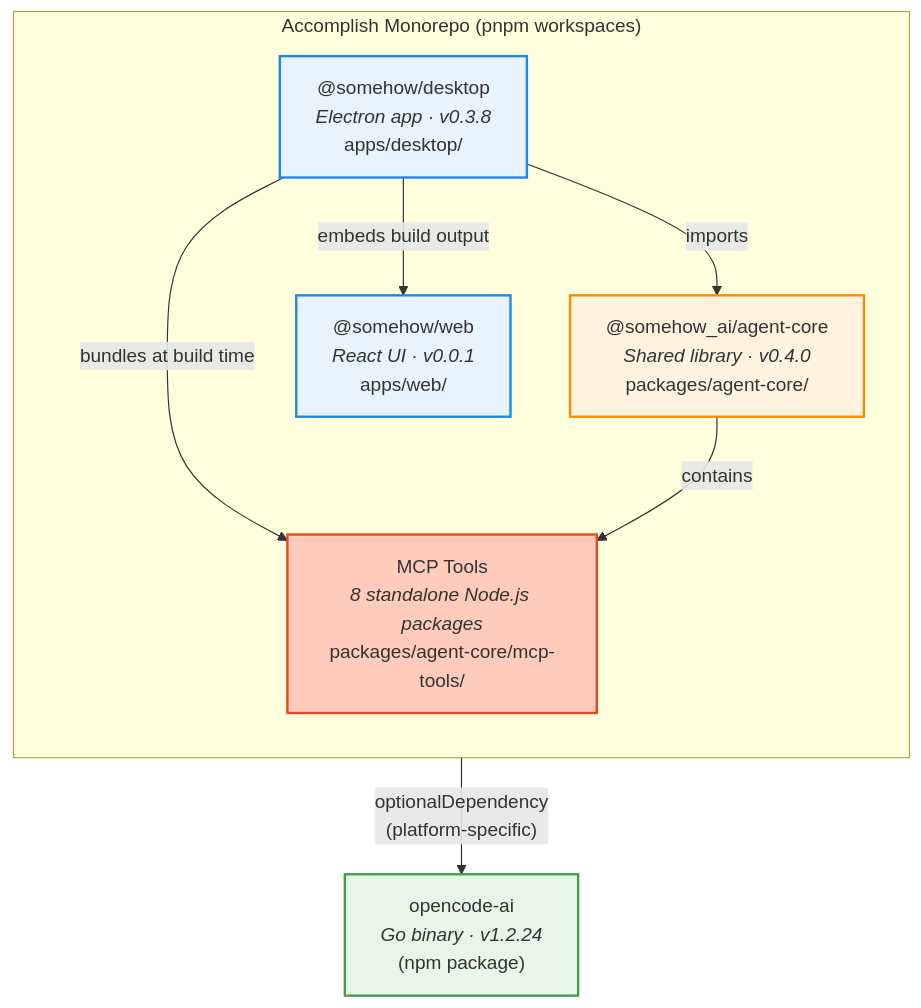
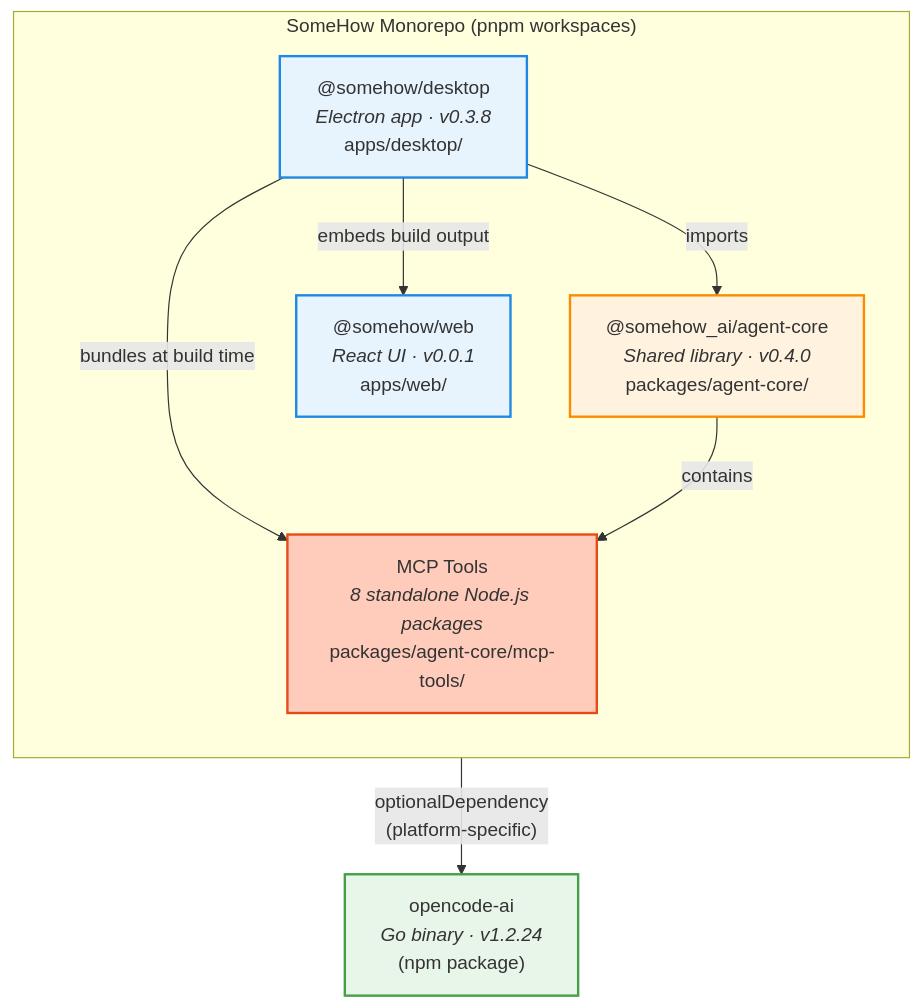
The first of 7 diagrams in docs/development-viewpoint.md (its-harshit/openplish), drawn with Mermaid before and after one commit. The commit also changed other lines of this file and 148 other files, not shown here.

````diff
--- a/docs/development-viewpoint.md
+++ b/docs/development-viewpoint.md
@@ -11,29 +11,29 @@
 ```mermaid
 graph TD
-  subgraph MONOREPO["Accomplish Monorepo (pnpm workspaces)"]
+  subgraph MONOREPO["SomeHow Monorepo (pnpm workspaces)"]
     direction TB
 
     DESKTOP["@somehow/desktop<br/><i>Electron app · v0.3.8</i><br/>apps/desktop/"]
     WEB["@somehow/web<br/><i>React UI · v0.0.1</i><br/>apps/web/"]
     CORE["@somehow_ai/agent-core<br/><i>Shared library · v0.4.0</i><br/>packages/agent-core/"]
     MCP_TOOLS["MCP Tools<br/><i>8 standalone Node.js packages</i><br/>packages/agent-core/mcp-tools/"]
   end
 
   DESKTOP -->|"imports"| CORE
   DESKTOP -->|"embeds build output"| WEB
   DESKTOP -->|"bundles at build time"| MCP_TOOLS
   CORE -->|"contains"| MCP_TOOLS
 
   OC["opencode-ai<br/><i>Go binary · v1.2.24</i><br/>(npm package)"]
   DESKTOP -->|"optionalDependency<br/>(platform-specific)"| OC
 
   classDef app fill:#e8f4fd,stroke:#1e88e5,stroke-width:2px
   classDef lib fill:#fff3e0,stroke:#fb8c00,stroke-width:2px
   classDef ext fill:#e8f5e9,stroke:#43a047,stroke-width:2px
   classDef mcp fill:#ffccbc,stroke:#e64a19,stroke-width:2px
 
   class DESKTOP,WEB app
   class CORE lib
   class MCP_TOOLS mcp
   class OC ext
 ```
````
